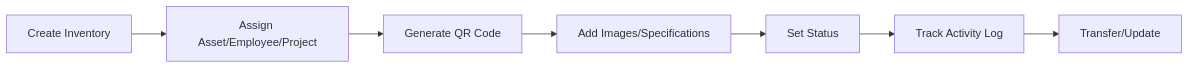
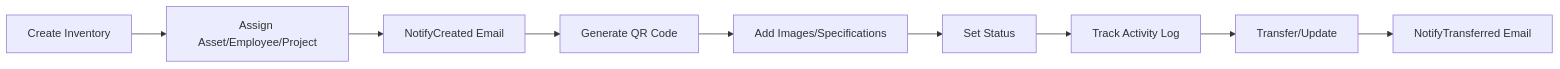
One commit to frizkyramadhan/araim changed the first of 5 diagrams in docs/architecture.md. Above: the diagram before and after it, drawn with Mermaid. The commit also changed other lines of this file and 39 other files, not shown here.

````diff
--- a/docs/architecture.md
+++ b/docs/architecture.md
@@ -139,9 +154,11 @@
 ```mermaid
 graph LR
     A[Create Inventory] --> B[Assign Asset/Employee/Project]
-    B --> C[Generate QR Code]
-    C --> D[Add Images/Specifications]
-    D --> E[Set Status]
-    E --> F[Track Activity Log]
-    F --> G[Transfer/Update]
+    B --> C[NotifyCreated Email]
+    C --> D[Generate QR Code]
+    D --> E[Add Images/Specifications]
+    E --> F[Set Status]
+    F --> G[Track Activity Log]
+    G --> H[Transfer/Update]
+    H --> I[NotifyTransferred Email]
 ```
````
